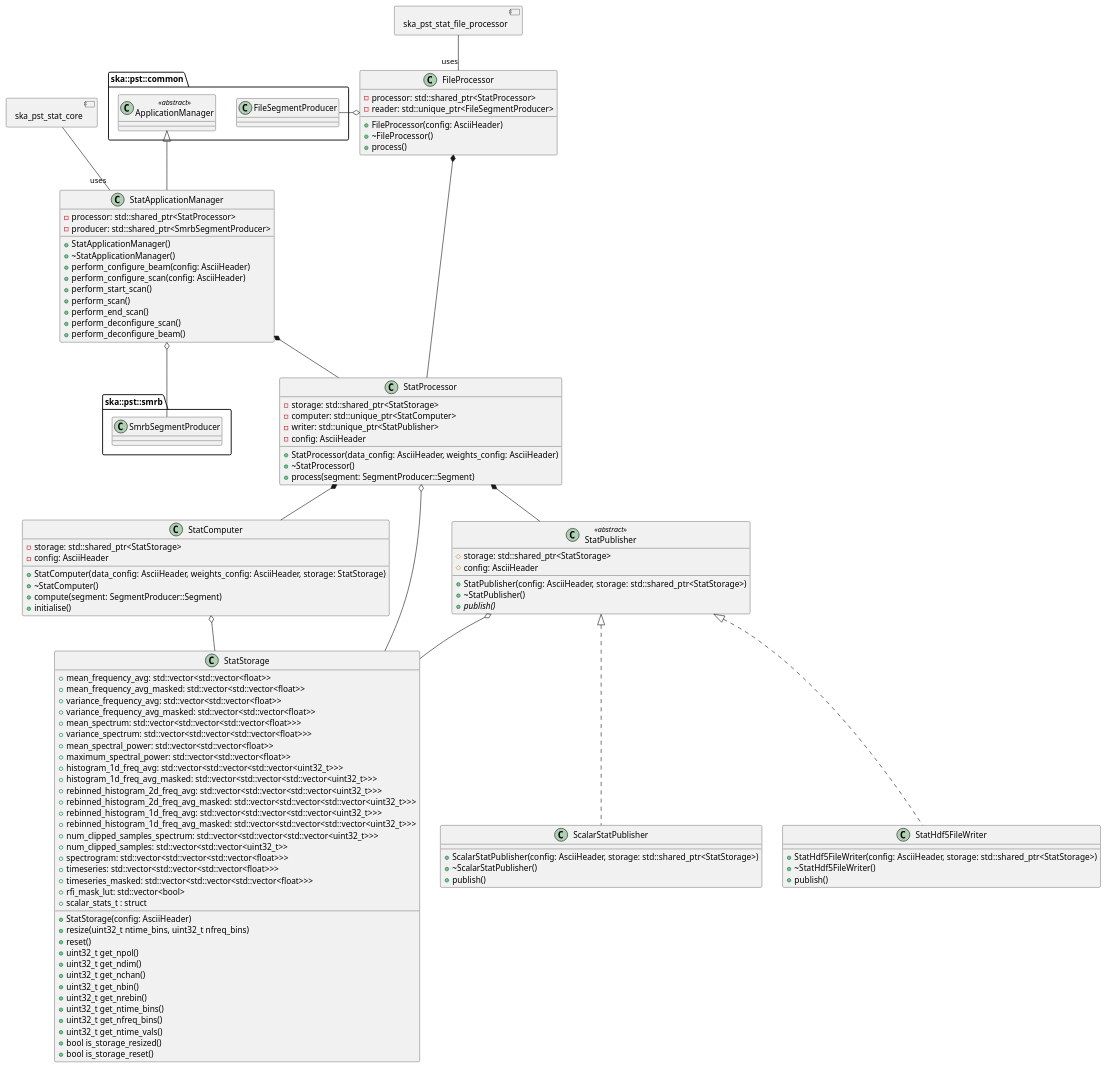
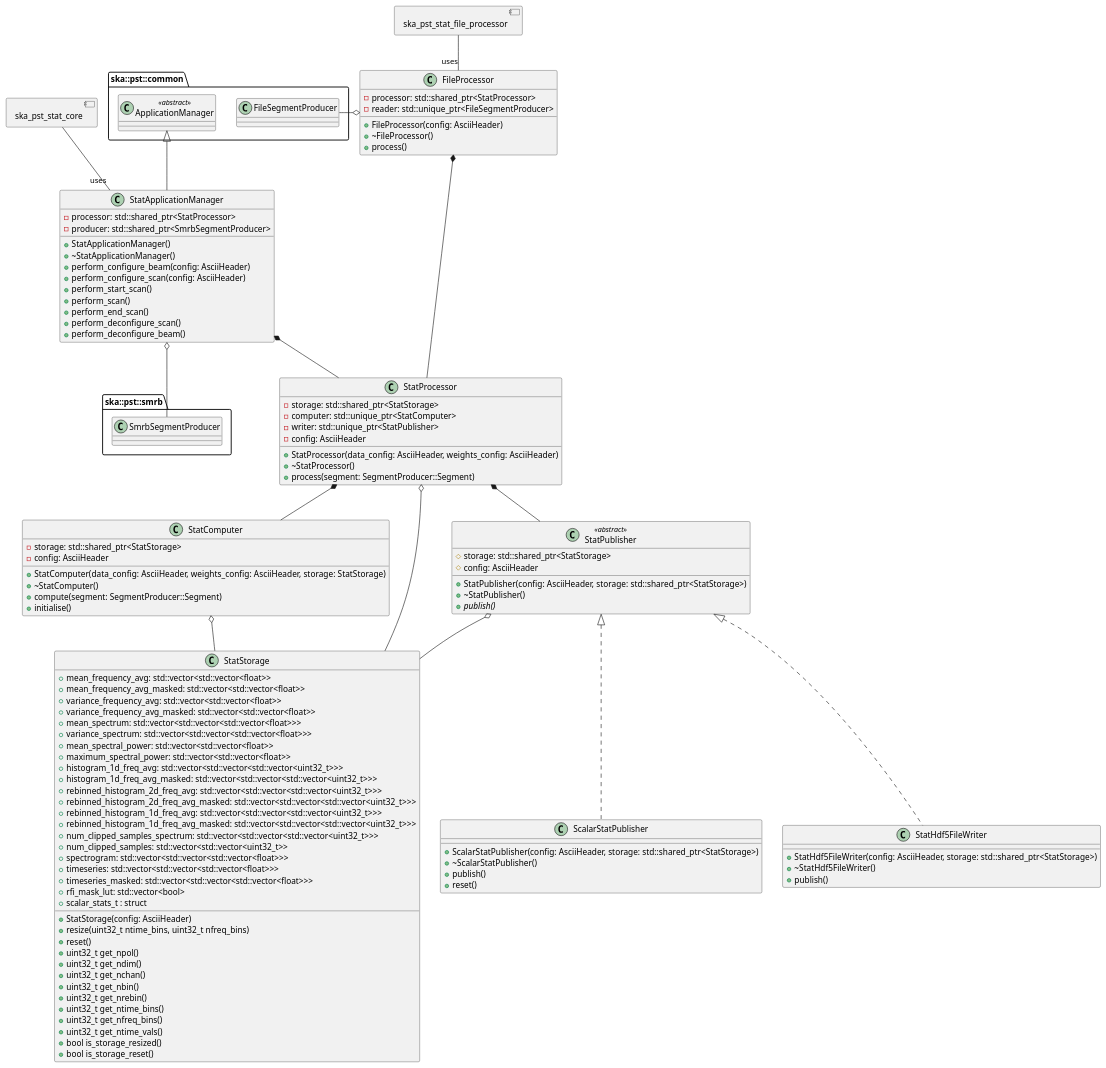
One commit to ska-telescope/ska-pst-stat changed the diagram in docs/src/architecture/class_diagram.puml. Above: the diagram before and after it, drawn with PlantUML. The commit also changed 4 other files, not shown here.

```diff
--- a/docs/src/architecture/class_diagram.puml
+++ b/docs/src/architecture/class_diagram.puml
@@ -1,131 +1,132 @@
 @startuml PST Stat Class Diagram
 allow_mixing
 
 package ska::pst::common
 {
   class ApplicationManager <<abstract>>
   class FileSegmentProducer
 }
 
 package ska::pst::smrb
 {
   class SmrbSegmentProducer
 }
 
 class StatApplicationManager {
   + StatApplicationManager()
   + ~StatApplicationManager()
   + perform_configure_beam(config: AsciiHeader)
   + perform_configure_scan(config: AsciiHeader)
   + perform_start_scan()
   + perform_scan()
   + perform_end_scan()
   + perform_deconfigure_scan()
   + perform_deconfigure_beam()
   - processor: std::shared_ptr<StatProcessor>
   - producer: std::shared_ptr<SmrbSegmentProducer>
 }
 
 class FileProcessor {
   + FileProcessor(config: AsciiHeader)
   + ~FileProcessor()
   + process()
   - processor: std::shared_ptr<StatProcessor>
   - reader: std::unique_ptr<FileSegmentProducer>
 }
 
 class StatProcessor {
   + StatProcessor(data_config: AsciiHeader, weights_config: AsciiHeader)
   + ~StatProcessor()
   + process(segment: SegmentProducer::Segment)
   - storage: std::shared_ptr<StatStorage>
   - computer: std::unique_ptr<StatComputer>
   - writer: std::unique_ptr<StatPublisher>
   - config: AsciiHeader
 }
 
 class StatComputer {
   + StatComputer(data_config: AsciiHeader, weights_config: AsciiHeader, storage: StatStorage)
   + ~StatComputer()
   + compute(segment: SegmentProducer::Segment)
   + initialise()
   - storage: std::shared_ptr<StatStorage>
   - config: AsciiHeader
 }
 
 class StatStorage {
   + StatStorage(config: AsciiHeader)
   + resize(uint32_t ntime_bins, uint32_t nfreq_bins)
   + reset()
   + uint32_t get_npol()
   + uint32_t get_ndim()
   + uint32_t get_nchan()
   + uint32_t get_nbin()
   + uint32_t get_nrebin()
   + uint32_t get_ntime_bins()
   + uint32_t get_nfreq_bins()
   + uint32_t get_ntime_vals()
   + bool is_storage_resized()
   + bool is_storage_reset()
   + mean_frequency_avg: std::vector<std::vector<float>>
   + mean_frequency_avg_masked: std::vector<std::vector<float>>
   + variance_frequency_avg: std::vector<std::vector<float>>
   + variance_frequency_avg_masked: std::vector<std::vector<float>>
   + mean_spectrum: std::vector<std::vector<std::vector<float>>>
   + variance_spectrum: std::vector<std::vector<std::vector<float>>>
   + mean_spectral_power: std::vector<std::vector<float>>
   + maximum_spectral_power: std::vector<std::vector<float>>
   + histogram_1d_freq_avg: std::vector<std::vector<std::vector<uint32_t>>>
   + histogram_1d_freq_avg_masked: std::vector<std::vector<std::vector<uint32_t>>>
   + rebinned_histogram_2d_freq_avg: std::vector<std::vector<std::vector<uint32_t>>>
   + rebinned_histogram_2d_freq_avg_masked: std::vector<std::vector<std::vector<uint32_t>>>
   + rebinned_histogram_1d_freq_avg: std::vector<std::vector<std::vector<uint32_t>>>
   + rebinned_histogram_1d_freq_avg_masked: std::vector<std::vector<std::vector<uint32_t>>>
   + num_clipped_samples_spectrum: std::vector<std::vector<std::vector<uint32_t>>>
   + num_clipped_samples: std::vector<std::vector<uint32_t>>
   + spectrogram: std::vector<std::vector<std::vector<float>>>
   + timeseries: std::vector<std::vector<std::vector<float>>>
   + timeseries_masked: std::vector<std::vector<std::vector<float>>>
   + rfi_mask_lut: std::vector<bool>
   + scalar_stats_t : struct
 }
 
 class StatPublisher <<abstract>> {
   # storage: std::shared_ptr<StatStorage>
   # config: AsciiHeader
   + StatPublisher(config: AsciiHeader, storage: std::shared_ptr<StatStorage>)
   + ~StatPublisher()
   {abstract} + publish()
 }
 
 class ScalarStatPublisher implements StatPublisher {
   + ScalarStatPublisher(config: AsciiHeader, storage: std::shared_ptr<StatStorage>)
   + ~ScalarStatPublisher()
   + publish()
+  + reset()
 }
 
 class StatHdf5FileWriter implements StatPublisher {
   + StatHdf5FileWriter(config: AsciiHeader, storage: std::shared_ptr<StatStorage>)
   + ~StatHdf5FileWriter()
   + publish()
 }
 
 StatProcessor *-- StatComputer
 StatProcessor *-- StatPublisher
 StatProcessor o-- StatStorage
 StatComputer o-- StatStorage
 StatPublisher o-- StatStorage
 
 ApplicationManager <|-- StatApplicationManager
 StatApplicationManager o-- SmrbSegmentProducer
 StatApplicationManager *-- StatProcessor
 
 FileProcessor *-- StatProcessor
 FileProcessor o- FileSegmentProducer
 
 component ska_pst_stat_core
 ska_pst_stat_core -- "uses" StatApplicationManager
 component ska_pst_stat_file_processor
 ska_pst_stat_file_processor -- "uses" FileProcessor
 
 @enduml
```
